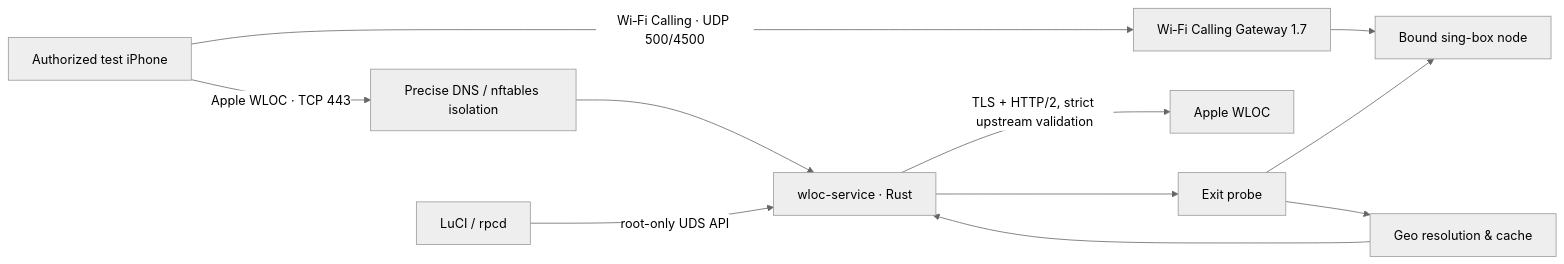
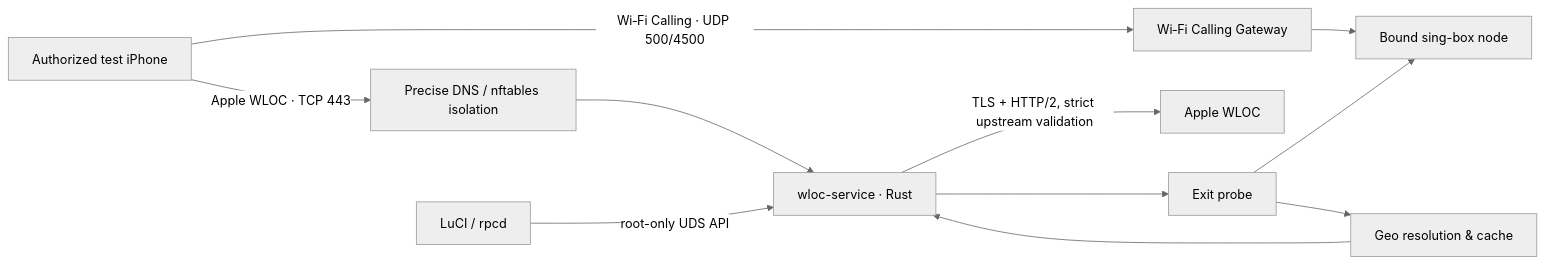
The first of 4 diagrams in README.md (smthdagg/wificalling-location-gateway), drawn with Mermaid (neutral theme) before and after one commit. The commit also changed other lines of this file and 7 other files, not shown here.

````diff
--- a/README.md
+++ b/README.md
@@ -68,13 +68,13 @@
 ```mermaid
 flowchart LR
-    I["Authorized test iPhone"] -->|"Wi‑Fi Calling · UDP 500/4500"| G["Wi‑Fi Calling Gateway 1.7"]
+    I["Authorized test iPhone"] -->|"Wi‑Fi Calling · UDP 500/4500"| G["Wi‑Fi Calling Gateway"]
     G --> N["Bound sing-box node"]
     I -->|"Apple WLOC · TCP 443"| D["Precise DNS / nftables isolation"]
     D --> R["wloc-service · Rust"]
     R -->|"TLS + HTTP/2, strict upstream validation"| A["Apple WLOC"]
     R --> P["Exit probe"]
     P --> N
     P --> X["Geo resolution & cache"]
     X --> R
     L["LuCI / rpcd"] -->|"root-only UDS API"| R
 ```
````
